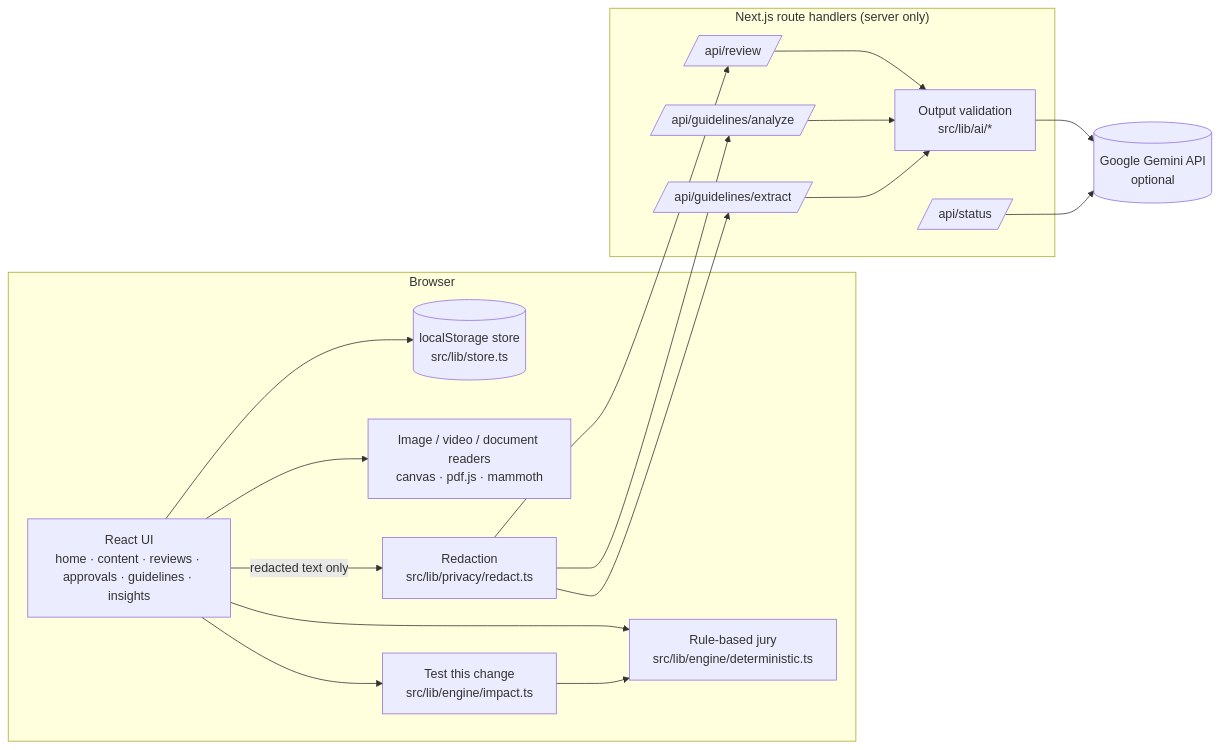
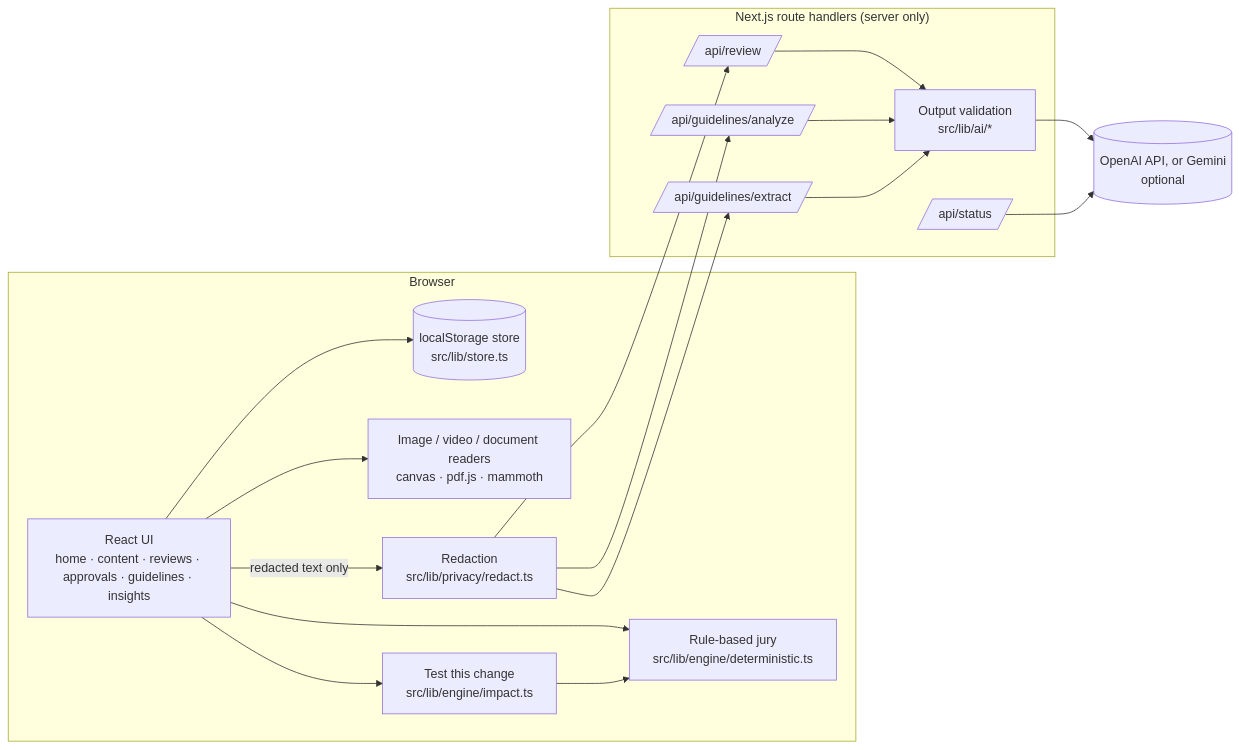
The diagram in docs/ARCHITECTURE.md (Hassan-2305/plumbline), drawn with Mermaid before and after one commit. The commit also changed other lines of this file and 22 other files, not shown here.

Commit message:
added open ai api

````diff
--- a/docs/ARCHITECTURE.md
+++ b/docs/ARCHITECTURE.md
@@ -5,28 +5,28 @@
 ```mermaid
 flowchart LR
   subgraph Browser
     UI[React UI<br/>home · content · reviews · approvals · guidelines · insights]
     Store[(localStorage store<br/>src/lib/store.ts)]
     Det[Rule-based jury<br/>src/lib/engine/deterministic.ts]
     Media[Image / video / document readers<br/>canvas · pdf.js · mammoth]
     Red[Redaction<br/>src/lib/privacy/redact.ts]
     Impact[Test this change<br/>src/lib/engine/impact.ts]
   end
   subgraph Server["Next.js route handlers (server only)"]
     Review[/api/review/]
     Analyze[/api/guidelines/analyze/]
     Extract[/api/guidelines/extract/]
     Status[/api/status/]
     Val[Output validation<br/>src/lib/ai/*]
   end
-  Gemini[(Google Gemini API<br/>optional)]
+  LLM[(OpenAI API, or Gemini<br/>optional)]
 
   UI --> Store
   UI --> Det
   UI --> Media
   UI --> Impact
   Impact --> Det
   UI -- redacted text only --> Red --> Review & Analyze & Extract
-  Review & Analyze & Extract --> Val --> Gemini
-  Status --> Gemini
+  Review & Analyze & Extract --> Val --> LLM
+  Status --> LLM
 ```
````
